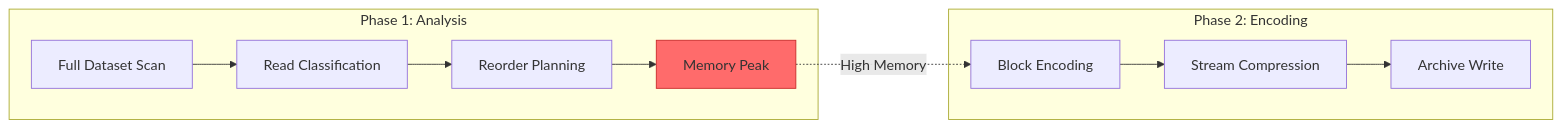
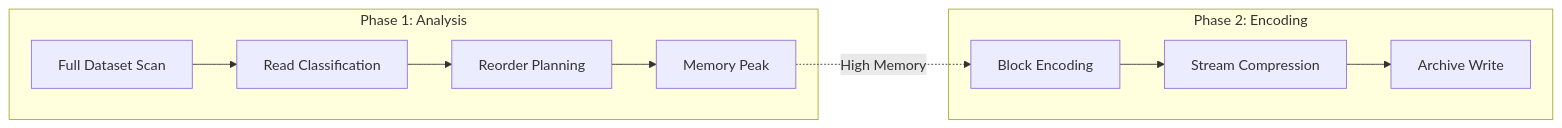
The second of 5 diagrams in docs/en/architecture/performance-roadmap.md (open-genomics/fq-compressor-rust), drawn with Mermaid before and after one commit. The commit also changed 23 other files, not shown here.

````diff
--- a/docs/en/architecture/performance-roadmap.md
+++ b/docs/en/architecture/performance-roadmap.md
@@ -41,17 +41,16 @@
 ```mermaid
 flowchart LR
     subgraph Phase1["Phase 1: Analysis"]
         A1[Full Dataset Scan] --> A2[Read Classification]
         A2 --> A3[Reorder Planning]
         A3 --> A4[Memory Peak]
     end
     
     subgraph Phase2["Phase 2: Encoding"]
         B1[Block Encoding] --> B2[Stream Compression]
         B2 --> B3[Archive Write]
     end
     
     A4 -.->|"High Memory"| B1
     
-    style A4 fill:#ff6b6b,stroke:#c92a2a
 ```
````
